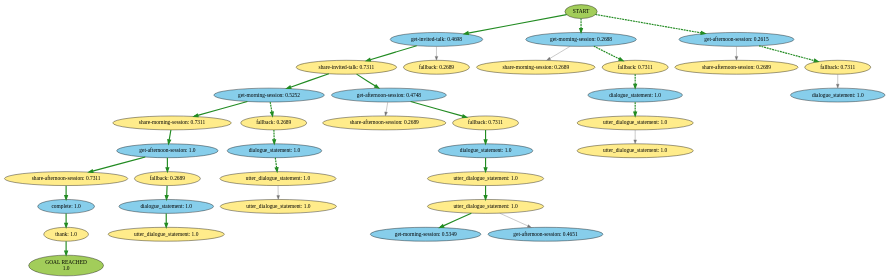
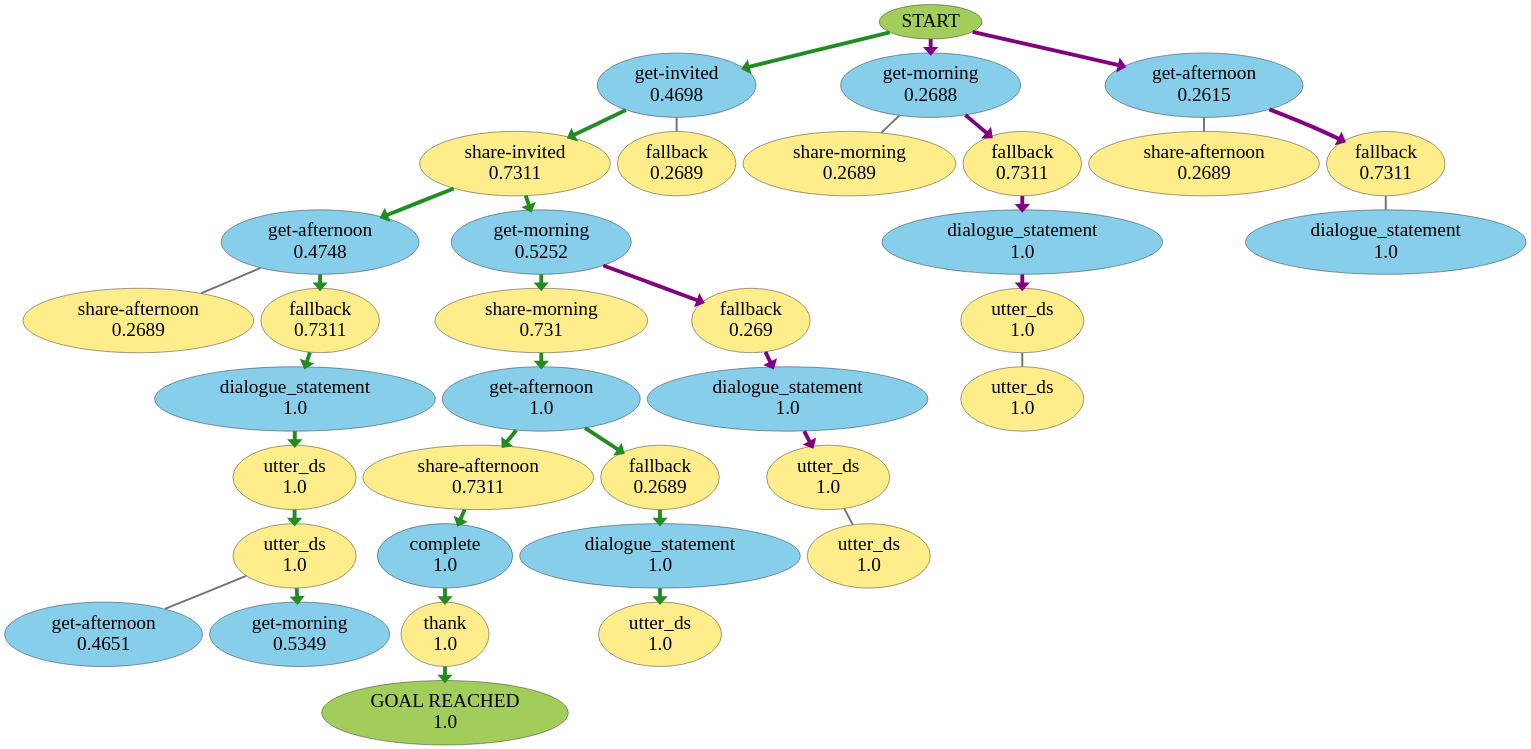
One commit to IBM/contingent-plan-executor changed the diagram in icaps_gold.gv. Above: the diagram before and after it, drawn with Graphviz. The commit also changed 9 other files, not shown here.

Commit message:
update utter_dialogue_statement to utter_ds

```diff
--- a/icaps_gold.gv
+++ b/icaps_gold.gv
@@ -1,98 +1,132 @@
 strict digraph {
-	0 [label=START fillcolor=darkolivegreen3 style=filled]
-	1 [label="get-invited-talk: 0.4698" fillcolor=skyblue style=filled]
-	0 -> 1 [color=forestgreen penwidth=3.0 style=dashed]
-	2 [label="get-morning-session: 0.2688" fillcolor=skyblue style=filled]
-	0 -> 2 [color=forestgreen penwidth=3.0 style=dashed]
-	3 [label="get-afternoon-session: 0.2615" fillcolor=skyblue style=filled]
-	0 -> 3 [color=forestgreen penwidth=3.0 style=dashed]
-	4 [label="share-invited-talk: 0.7311" fillcolor=lightgoldenrod1 style=filled]
-	1 -> 4 [color=forestgreen penwidth=3.0 style=dashed]
-	5 [label="fallback: 0.2689" fillcolor=lightgoldenrod1 style=filled]
-	1 -> 5 [color=grey45 penwidth=1.0 style=solid]
-	6 [label="share-morning-session: 0.2689" fillcolor=lightgoldenrod1 style=filled]
-	2 -> 6 [color=grey45 penwidth=1.0 style=solid]
-	7 [label="fallback: 0.7311" fillcolor=lightgoldenrod1 style=filled]
-	2 -> 7 [color=forestgreen penwidth=3.0 style=dashed]
-	8 [label="share-afternoon-session: 0.2689" fillcolor=lightgoldenrod1 style=filled]
-	3 -> 8 [color=grey45 penwidth=1.0 style=solid]
-	9 [label="fallback: 0.7311" fillcolor=lightgoldenrod1 style=filled]
-	3 -> 9 [color=forestgreen penwidth=3.0 style=dashed]
-	10 [label="get-morning-session: 0.5252" fillcolor=skyblue style=filled]
-	4 -> 10 [color=forestgreen penwidth=3.0 style=dashed]
-	11 [label="get-afternoon-session: 0.4748" fillcolor=skyblue style=filled]
-	4 -> 11 [color=forestgreen penwidth=3.0 style=dashed]
-	12 [label="dialogue_statement: 1.0" fillcolor=skyblue style=filled]
-	7 -> 12 [color=forestgreen penwidth=3.0 style=dashed]
-	13 [label="dialogue_statement: 1.0" fillcolor=skyblue style=filled]
-	9 -> 13 [color=grey45 penwidth=1.0 style=solid]
-	14 [label="utter_dialogue_statement: 1.0" fillcolor=lightgoldenrod1 style=filled]
-	12 -> 14 [color=forestgreen penwidth=3.0 style=dashed]
-	15 [label="share-morning-session: 0.7311" fillcolor=lightgoldenrod1 style=filled]
-	10 -> 15 [color=forestgreen penwidth=3.0 style=dashed]
-	16 [label="fallback: 0.2689" fillcolor=lightgoldenrod1 style=filled]
-	10 -> 16 [color=forestgreen penwidth=3.0 style=dashed]
-	17 [label="share-afternoon-session: 0.2689" fillcolor=lightgoldenrod1 style=filled]
-	11 -> 17 [color=grey45 penwidth=1.0 style=solid]
-	18 [label="fallback: 0.7311" fillcolor=lightgoldenrod1 style=filled]
-	11 -> 18 [color=forestgreen penwidth=3.0 style=dashed]
-	19 [label="utter_dialogue_statement: 1.0" fillcolor=lightgoldenrod1 style=filled]
-	14 -> 19 [color=grey45 penwidth=1.0 style=solid]
-	20 [label="get-afternoon-session: 1.0" fillcolor=skyblue style=filled]
-	15 -> 20 [color=forestgreen penwidth=3.0 style=dashed]
-	21 [label="dialogue_statement: 1.0" fillcolor=skyblue style=filled]
-	18 -> 21 [color=forestgreen penwidth=3.0 style=dashed]
-	22 [label="dialogue_statement: 1.0" fillcolor=skyblue style=filled]
-	16 -> 22 [color=forestgreen penwidth=3.0 style=dashed]
-	23 [label="utter_dialogue_statement: 1.0" fillcolor=lightgoldenrod1 style=filled]
-	21 -> 23 [color=forestgreen penwidth=3.0 style=dashed]
-	24 [label="utter_dialogue_statement: 1.0" fillcolor=lightgoldenrod1 style=filled]
-	22 -> 24 [color=forestgreen penwidth=3.0 style=dashed]
-	25 [label="share-afternoon-session: 0.7311" fillcolor=lightgoldenrod1 style=filled]
-	20 -> 25 [color=forestgreen penwidth=3.0 style=dashed]
-	26 [label="fallback: 0.2689" fillcolor=lightgoldenrod1 style=filled]
-	20 -> 26 [color=forestgreen penwidth=3.0 style=dashed]
-	27 [label="utter_dialogue_statement: 1.0" fillcolor=lightgoldenrod1 style=filled]
-	23 -> 27 [color=forestgreen penwidth=3.0 style=dashed]
-	28 [label="utter_dialogue_statement: 1.0" fillcolor=lightgoldenrod1 style=filled]
-	24 -> 28 [color=grey45 penwidth=1.0 style=solid]
-	29 [label="complete: 1.0" fillcolor=skyblue style=filled]
-	25 -> 29 [color=forestgreen penwidth=3.0 style=dashed]
-	30 [label="dialogue_statement: 1.0" fillcolor=skyblue style=filled]
-	26 -> 30 [color=forestgreen penwidth=3.0 style=dashed]
-	31 [label="get-morning-session: 0.5349" fillcolor=skyblue style=filled]
-	27 -> 31 [color=forestgreen penwidth=3.0 style=dashed]
-	32 [label="get-afternoon-session: 0.4651" fillcolor=skyblue style=filled]
-	27 -> 32 [color=grey45 penwidth=1.0 style=solid]
-	33 [label="thank: 1.0" fillcolor=lightgoldenrod1 style=filled]
-	29 -> 33 [color=forestgreen penwidth=3.0 style=dashed]
-	34 [label="utter_dialogue_statement: 1.0" fillcolor=lightgoldenrod1 style=filled]
-	30 -> 34 [color=forestgreen penwidth=3.0 style=dashed]
+	0 [label=START fillcolor=darkolivegreen3 fontsize=50 style=filled]
+	1 [label="get-invited
+0.4698" fillcolor=skyblue fontsize=50 style=filled]
+	0 -> 1 [arrowhead=normal color=purple penwidth=10.0]
+	2 [label="get-morning
+0.2688" fillcolor=skyblue fontsize=50 style=filled]
+	0 -> 2 [arrowhead=normal color=purple penwidth=10.0]
+	3 [label="get-afternoon
+0.2615" fillcolor=skyblue fontsize=50 style=filled]
+	0 -> 3 [arrowhead=normal color=purple penwidth=10.0]
+	4 [label="share-invited
+0.7311" fillcolor=lightgoldenrod1 fontsize=50 style=filled]
+	1 -> 4 [arrowhead=normal color=purple penwidth=10.0]
+	5 [label="fallback
+0.2689" fillcolor=lightgoldenrod1 fontsize=50 style=filled]
+	1 -> 5 [arrowhead=none color=grey45 penwidth=5.0]
+	6 [label="share-morning
+0.2689" fillcolor=lightgoldenrod1 fontsize=50 style=filled]
+	2 -> 6 [arrowhead=none color=grey45 penwidth=5.0]
+	7 [label="fallback
+0.7311" fillcolor=lightgoldenrod1 fontsize=50 style=filled]
+	2 -> 7 [arrowhead=normal color=purple penwidth=10.0]
+	8 [label="share-afternoon
+0.2689" fillcolor=lightgoldenrod1 fontsize=50 style=filled]
+	3 -> 8 [arrowhead=none color=grey45 penwidth=5.0]
+	9 [label="fallback
+0.7311" fillcolor=lightgoldenrod1 fontsize=50 style=filled]
+	3 -> 9 [arrowhead=normal color=purple penwidth=10.0]
+	10 [label="get-afternoon
+0.4748" fillcolor=skyblue fontsize=50 style=filled]
+	4 -> 10 [arrowhead=normal color=purple penwidth=10.0]
+	11 [label="get-morning
+0.5252" fillcolor=skyblue fontsize=50 style=filled]
+	4 -> 11 [arrowhead=normal color=purple penwidth=10.0]
+	12 [label="dialogue_statement
+1.0" fillcolor=skyblue fontsize=50 style=filled]
+	7 -> 12 [arrowhead=normal color=purple penwidth=10.0]
+	13 [label="dialogue_statement
+1.0" fillcolor=skyblue fontsize=50 style=filled]
+	9 -> 13 [arrowhead=none color=grey45 penwidth=5.0]
+	14 [label="utter_ds
+1.0" fillcolor=lightgoldenrod1 fontsize=50 style=filled]
+	12 -> 14 [arrowhead=normal color=purple penwidth=10.0]
+	15 [label="share-morning
+0.731" fillcolor=lightgoldenrod1 fontsize=50 style=filled]
+	11 -> 15 [arrowhead=normal color=purple penwidth=10.0]
+	16 [label="fallback
+0.269" fillcolor=lightgoldenrod1 fontsize=50 style=filled]
+	11 -> 16 [arrowhead=normal color=purple penwidth=10.0]
+	17 [label="share-afternoon
+0.2689" fillcolor=lightgoldenrod1 fontsize=50 style=filled]
+	10 -> 17 [arrowhead=none color=grey45 penwidth=5.0]
+	18 [label="fallback
+0.7311" fillcolor=lightgoldenrod1 fontsize=50 style=filled]
+	10 -> 18 [arrowhead=normal color=purple penwidth=10.0]
+	19 [label="utter_ds
+1.0" fillcolor=lightgoldenrod1 fontsize=50 style=filled]
+	14 -> 19 [arrowhead=none color=grey45 penwidth=5.0]
+	20 [label="get-afternoon
+1.0" fillcolor=skyblue fontsize=50 style=filled]
+	15 -> 20 [arrowhead=normal color=purple penwidth=10.0]
+	21 [label="dialogue_statement
+1.0" fillcolor=skyblue fontsize=50 style=filled]
+	18 -> 21 [arrowhead=normal color=purple penwidth=10.0]
+	22 [label="dialogue_statement
+1.0" fillcolor=skyblue fontsize=50 style=filled]
+	16 -> 22 [arrowhead=normal color=purple penwidth=10.0]
+	23 [label="utter_ds
+1.0" fillcolor=lightgoldenrod1 fontsize=50 style=filled]
+	21 -> 23 [arrowhead=normal color=purple penwidth=10.0]
+	24 [label="utter_ds
+1.0" fillcolor=lightgoldenrod1 fontsize=50 style=filled]
+	22 -> 24 [arrowhead=normal color=purple penwidth=10.0]
+	25 [label="share-afternoon
+0.7311" fillcolor=lightgoldenrod1 fontsize=50 style=filled]
+	20 -> 25 [arrowhead=normal color=purple penwidth=10.0]
+	26 [label="fallback
+0.2689" fillcolor=lightgoldenrod1 fontsize=50 style=filled]
+	20 -> 26 [arrowhead=normal color=purple penwidth=10.0]
+	27 [label="utter_ds
+1.0" fillcolor=lightgoldenrod1 fontsize=50 style=filled]
+	23 -> 27 [arrowhead=normal color=purple penwidth=10.0]
+	28 [label="utter_ds
+1.0" fillcolor=lightgoldenrod1 fontsize=50 style=filled]
+	24 -> 28 [arrowhead=none color=grey45 penwidth=5.0]
+	29 [label="complete
+1.0" fillcolor=skyblue fontsize=50 style=filled]
+	25 -> 29 [arrowhead=normal color=purple penwidth=10.0]
+	30 [label="dialogue_statement
+1.0" fillcolor=skyblue fontsize=50 style=filled]
+	26 -> 30 [arrowhead=normal color=purple penwidth=10.0]
+	31 [label="get-afternoon
+0.4651" fillcolor=skyblue fontsize=50 style=filled]
+	27 -> 31 [arrowhead=none color=grey45 penwidth=5.0]
+	32 [label="get-morning
+0.5349" fillcolor=skyblue fontsize=50 style=filled]
+	27 -> 32 [arrowhead=normal color=purple penwidth=10.0]
+	33 [label="thank
+1.0" fillcolor=lightgoldenrod1 fontsize=50 style=filled]
+	29 -> 33 [arrowhead=normal color=purple penwidth=10.0]
+	34 [label="utter_ds
+1.0" fillcolor=lightgoldenrod1 fontsize=50 style=filled]
+	30 -> 34 [arrowhead=normal color=purple penwidth=10.0]
 	35 [label="GOAL REACHED
-1.0" fillcolor=darkolivegreen3 style=filled]
-	33 -> 35 [color=forestgreen penwidth=3.0]
-	0 -> 1 [style=solid]
-	1 -> 4 [style=solid]
-	4 -> 10 [style=solid]
-	10 -> 15 [style=solid]
-	15 -> 20 [style=solid]
-	20 -> 25 [style=solid]
-	25 -> 29 [style=solid]
-	29 -> 33 [style=solid]
-	0 -> 1 [style=solid]
-	1 -> 4 [style=solid]
-	4 -> 10 [style=solid]
-	10 -> 15 [style=solid]
-	15 -> 20 [style=solid]
-	20 -> 26 [style=solid]
-	26 -> 30 [style=solid]
-	30 -> 34 [style=solid]
-	0 -> 1 [style=solid]
-	1 -> 4 [style=solid]
-	4 -> 11 [style=solid]
-	11 -> 18 [style=solid]
-	18 -> 21 [style=solid]
-	21 -> 23 [style=solid]
-	23 -> 27 [style=solid]
-	27 -> 31 [style=solid]
+1.0" fillcolor=darkolivegreen3 fontsize=50 style=filled]
+	33 -> 35 [color=forestgreen penwidth=10.0]
+	0 -> 1 [arrowhead=normal color=forestgreen penwidth=10.0]
+	1 -> 4 [arrowhead=normal color=forestgreen penwidth=10.0]
+	4 -> 11 [arrowhead=normal color=forestgreen penwidth=10.0]
+	11 -> 15 [arrowhead=normal color=forestgreen penwidth=10.0]
+	15 -> 20 [arrowhead=normal color=forestgreen penwidth=10.0]
+	20 -> 25 [arrowhead=normal color=forestgreen penwidth=10.0]
+	25 -> 29 [arrowhead=normal color=forestgreen penwidth=10.0]
+	29 -> 33 [arrowhead=normal color=forestgreen penwidth=10.0]
+	0 -> 1 [arrowhead=normal color=forestgreen penwidth=10.0]
+	1 -> 4 [arrowhead=normal color=forestgreen penwidth=10.0]
+	4 -> 11 [arrowhead=normal color=forestgreen penwidth=10.0]
+	11 -> 15 [arrowhead=normal color=forestgreen penwidth=10.0]
+	15 -> 20 [arrowhead=normal color=forestgreen penwidth=10.0]
+	20 -> 26 [arrowhead=normal color=forestgreen penwidth=10.0]
+	26 -> 30 [arrowhead=normal color=forestgreen penwidth=10.0]
+	30 -> 34 [arrowhead=normal color=forestgreen penwidth=10.0]
+	0 -> 1 [arrowhead=normal color=forestgreen penwidth=10.0]
+	1 -> 4 [arrowhead=normal color=forestgreen penwidth=10.0]
+	4 -> 10 [arrowhead=normal color=forestgreen penwidth=10.0]
+	10 -> 18 [arrowhead=normal color=forestgreen penwidth=10.0]
+	18 -> 21 [arrowhead=normal color=forestgreen penwidth=10.0]
+	21 -> 23 [arrowhead=normal color=forestgreen penwidth=10.0]
+	23 -> 27 [arrowhead=normal color=forestgreen penwidth=10.0]
+	27 -> 32 [arrowhead=normal color=forestgreen penwidth=10.0]
 }
```
